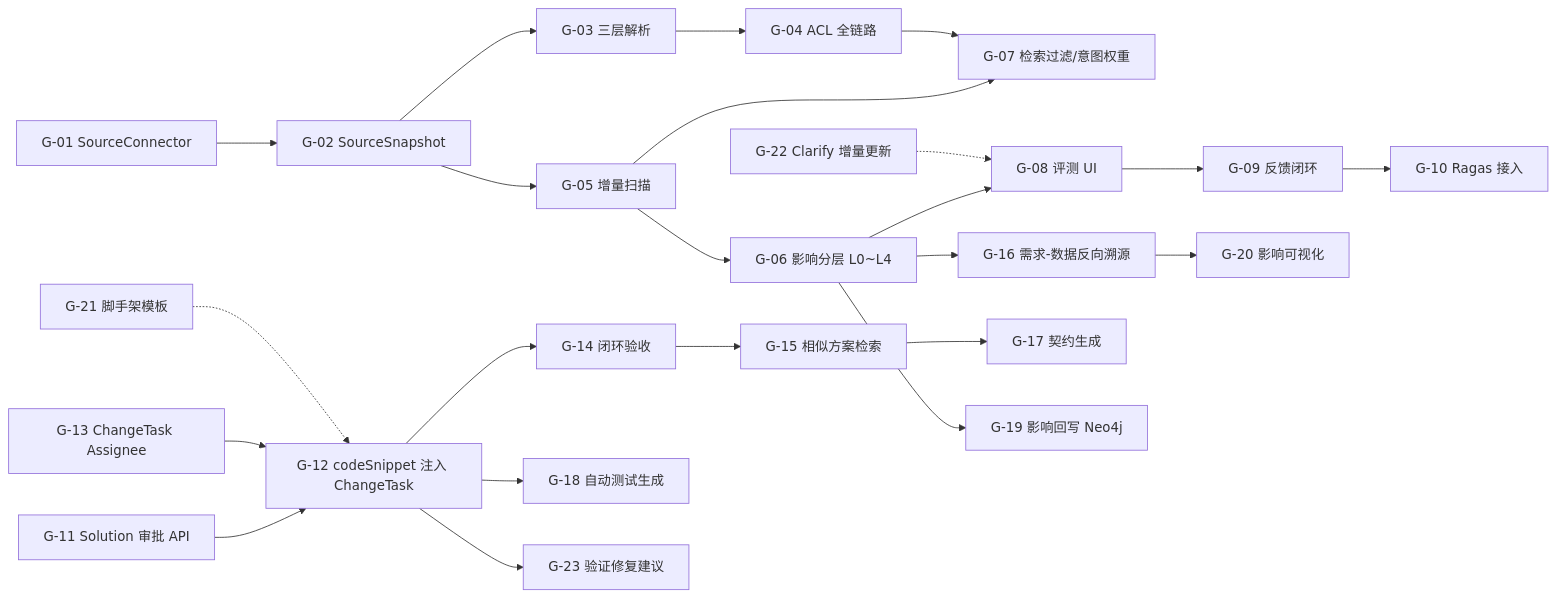
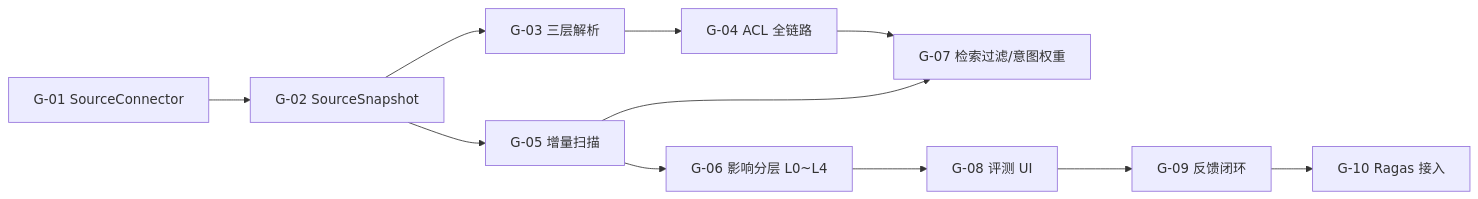
The diagram in doc/剩余优化项实施方案.md (loveliunian/LegacyGraph), drawn with Mermaid before and after one commit. The commit also changed other lines of this file and 38 other files, not shown here.

````diff
--- a/doc/剩余优化项实施方案.md
+++ b/doc/剩余优化项实施方案.md
@@ -68,26 +50,13 @@
 ```mermaid
 flowchart LR
     G1["G-01 SourceConnector"] --> G2["G-02 SourceSnapshot"]
     G2 --> G3["G-03 三层解析"]
     G3 --> G4["G-04 ACL 全链路"]
     G2 --> G5["G-05 增量扫描"]
     G5 --> G7["G-07 检索过滤/意图权重"]
     G4 --> G7
     G5 --> G6["G-06 影响分层 L0~L4"]
     G6 --> G8["G-08 评测 UI"]
     G8 --> G9["G-09 反馈闭环"]
     G9 --> G10["G-10 Ragas 接入"]
-
-    G11["G-11 Solution 审批 API"] --> G12["G-12 codeSnippet 注入 ChangeTask"]
-    G13["G-13 ChangeTask Assignee"] --> G12
-    G12 --> G14["G-14 闭环验收"]
-    G14 --> G15["G-15 相似方案检索"]
-    G6 --> G16["G-16 需求-数据反向溯源"]
-    G15 --> G17["G-17 契约生成"]
-    G12 --> G18["G-18 自动测试生成"]
-    G6 --> G19["G-19 影响回写 Neo4j"]
-    G16 --> G20["G-20 影响可视化"]
-    G21["G-21 脚手架模板"] -.-> G12
-    G22["G-22 Clarify 增量更新"] -.-> G8
-    G12 --> G23["G-23 验证修复建议"]
 ```
````
